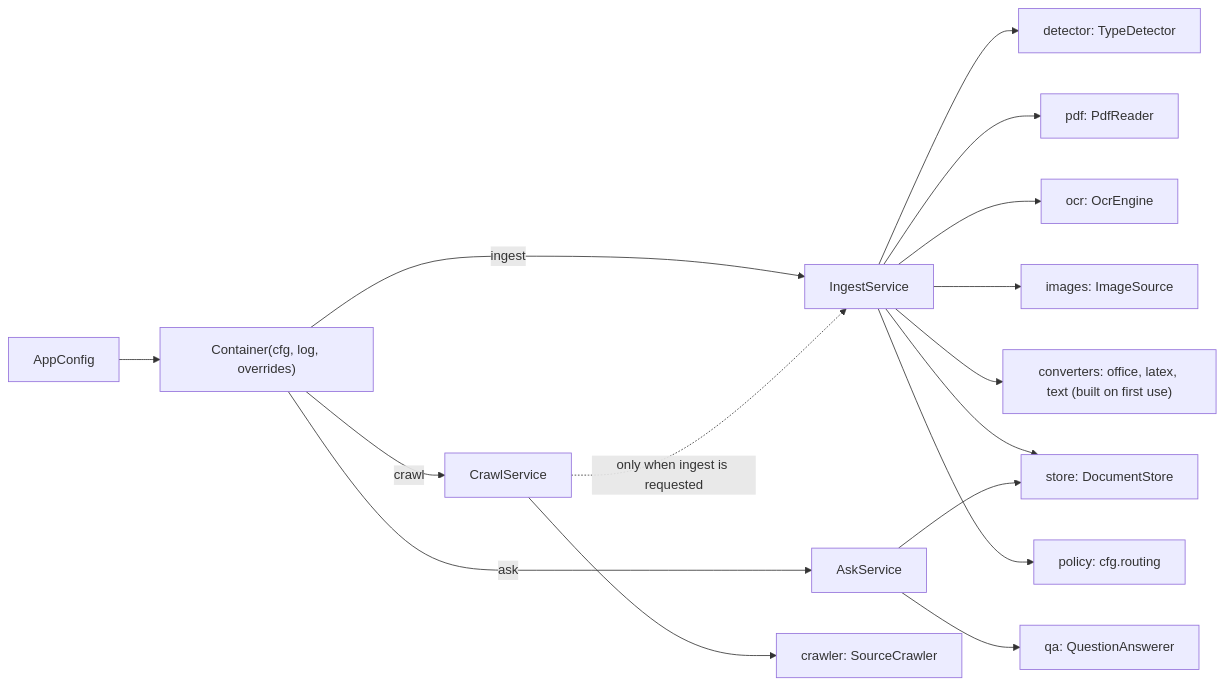
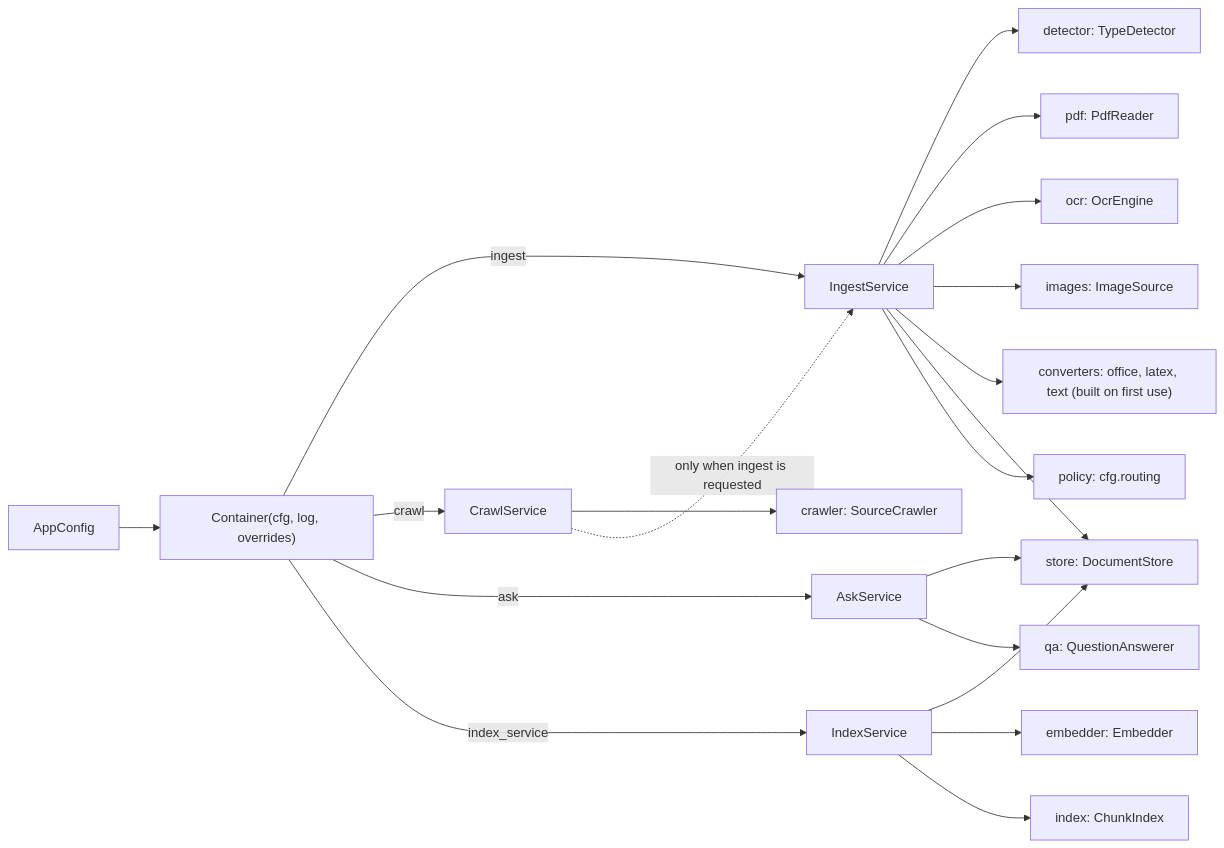
One commit to etxsA/doc-ingest changed the second of 3 diagrams in packages/docingest/src/docingest/README.md. Above: the diagram before and after it, drawn with Mermaid. The commit also changed other lines of this file and 6 other files, not shown here.

````diff
--- a/packages/docingest/src/docingest/README.md
+++ b/packages/docingest/src/docingest/README.md
@@ -132,18 +132,22 @@
 ```mermaid
 flowchart LR
     CFG["AppConfig"] --> C["Container(cfg, log, overrides)"]
     C -->|ingest| ING["IngestService"]
     C -->|crawl| CR["CrawlService"]
     C -->|ask| ASK["AskService"]
+    C -->|index_service| IDX["IndexService"]
     ING --> DET["detector: TypeDetector"]
     ING --> PDF["pdf: PdfReader"]
     ING --> OCR["ocr: OcrEngine"]
     ING --> IMG["images: ImageSource"]
     ING --> CONV["converters: office, latex, text (built on first use)"]
     ING --> STORE["store: DocumentStore"]
     ING --> POL["policy: cfg.routing"]
     ASK --> STORE
     ASK --> QA["qa: QuestionAnswerer"]
+    IDX --> STORE
+    IDX --> EMB["embedder: Embedder"]
+    IDX --> CIX["index: ChunkIndex"]
     CR --> CRAWLER["crawler: SourceCrawler"]
     CR -.->|only when ingest is requested| ING
 ```
````
